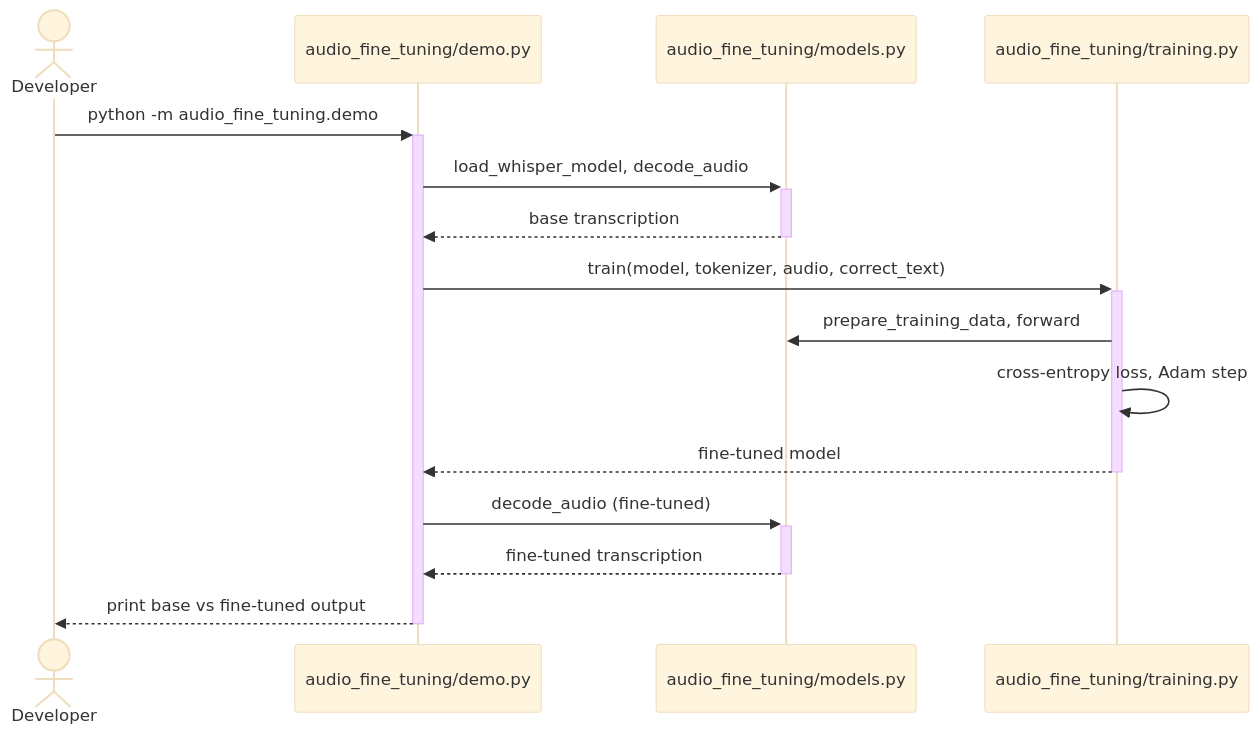
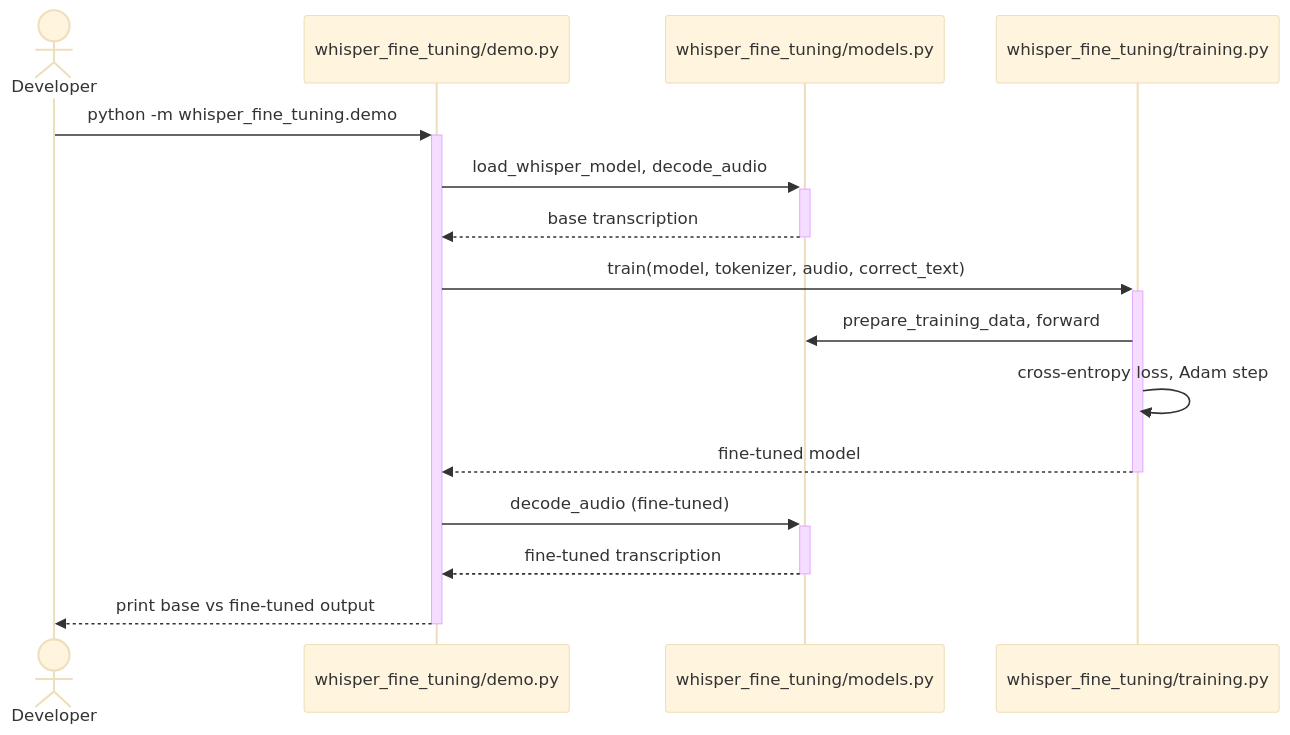
One commit to RoshBeed/ai-residency changed the fourth of 4 diagrams in services/whisper-fine-tuning/README.md. Above: the diagram before and after it, drawn with Mermaid (base theme). The commit also changed other lines of this file and 42 other files, not shown here.

````diff
--- a/services/whisper-fine-tuning/README.md
+++ b/services/whisper-fine-tuning/README.md
@@ -251,18 +179,18 @@
 ```mermaid
 sequenceDiagram
     actor Dev as Developer
-    participant Main as audio_fine_tuning/demo.py
-    participant Model as audio_fine_tuning/models.py
-    participant Train as audio_fine_tuning/training.py
+    participant Main as whisper_fine_tuning/demo.py
+    participant Model as whisper_fine_tuning/models.py
+    participant Train as whisper_fine_tuning/training.py
 
-    Dev->>+Main: python -m audio_fine_tuning.demo
+    Dev->>+Main: python -m whisper_fine_tuning.demo
     Main->>+Model: load_whisper_model, decode_audio
     Model-->>-Main: base transcription
     Main->>+Train: train(model, tokenizer, audio, correct_text)
     Train->>Model: prepare_training_data, forward
     Train->>Train: cross-entropy loss, Adam step
     Train-->>-Main: fine-tuned model
     Main->>+Model: decode_audio (fine-tuned)
     Model-->>-Main: fine-tuned transcription
     Main-->>-Dev: print base vs fine-tuned output
 ```
````
